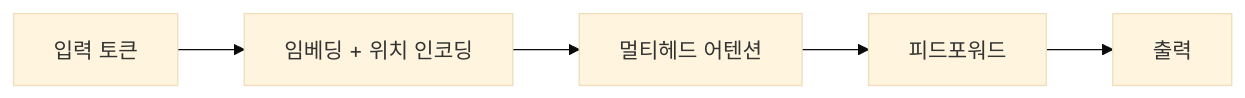
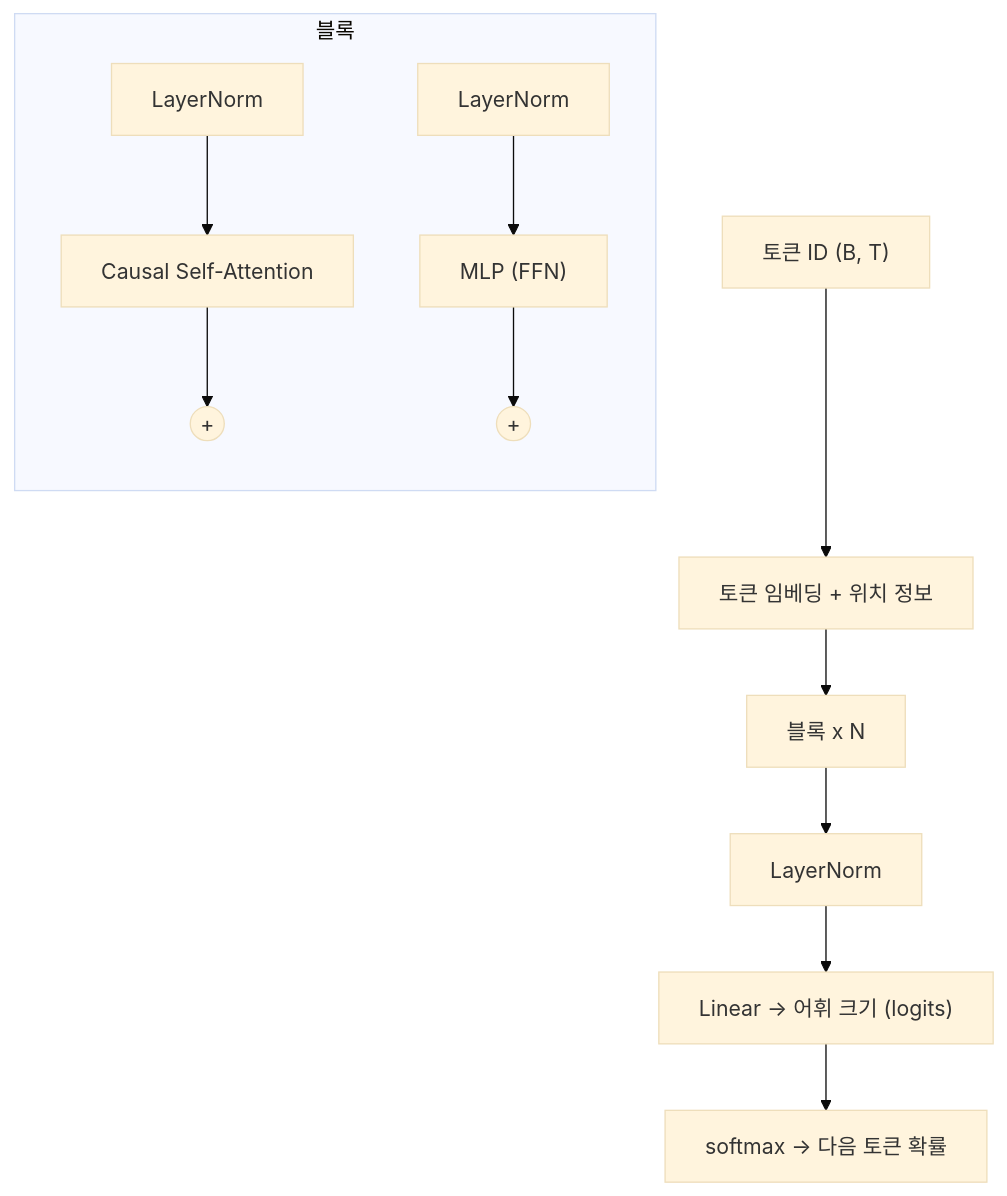
Before and after one commit to Halim2233/artificial-intelligence: the diagram in docs/notes/transformer.md, drawn with Mermaid (base theme). The commit also changed other lines of this file and 22 other files, not shown here.

Commit message:
docs: add stage 2-4 notes and practices, update roadmap and index

````diff
--- a/docs/notes/transformer.md
+++ b/docs/notes/transformer.md
@@ -13,7 +11,13 @@
 ```mermaid
-flowchart LR
-    A[입력 토큰] --> B[임베딩 + 위치 인코딩]
-    B --> C[멀티헤드 어텐션]
-    C --> D[피드포워드]
-    D --> E[출력]
+flowchart TB
+    A["토큰 ID (B, T)"] --> B["토큰 임베딩 + 위치 정보"]
+    B --> C["블록 x N"]
+    subgraph 블록
+      direction TB
+      L1[LayerNorm] --> AT["Causal Self-Attention"] --> R1(("+"))
+      L2[LayerNorm] --> F["MLP (FFN)"] --> R2(("+"))
+    end
+    C --> D[LayerNorm]
+    D --> E["Linear -> 어휘 크기 (logits)"]
+    E --> S["softmax -> 다음 토큰 확률"]
 ```
````
